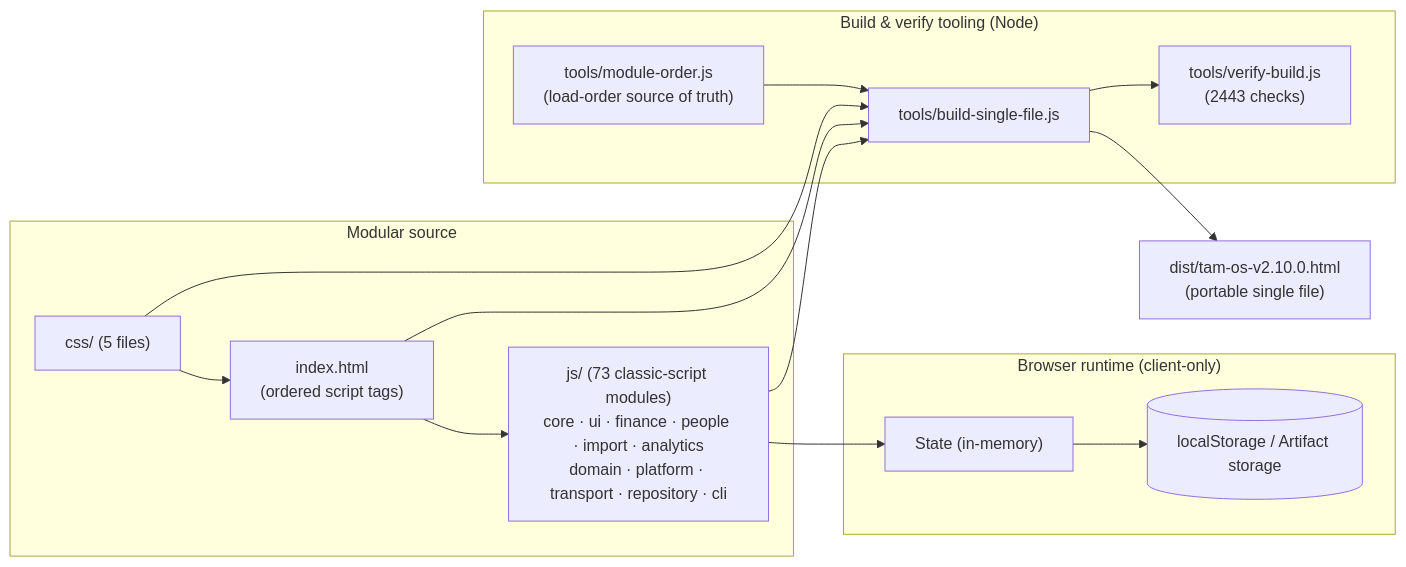
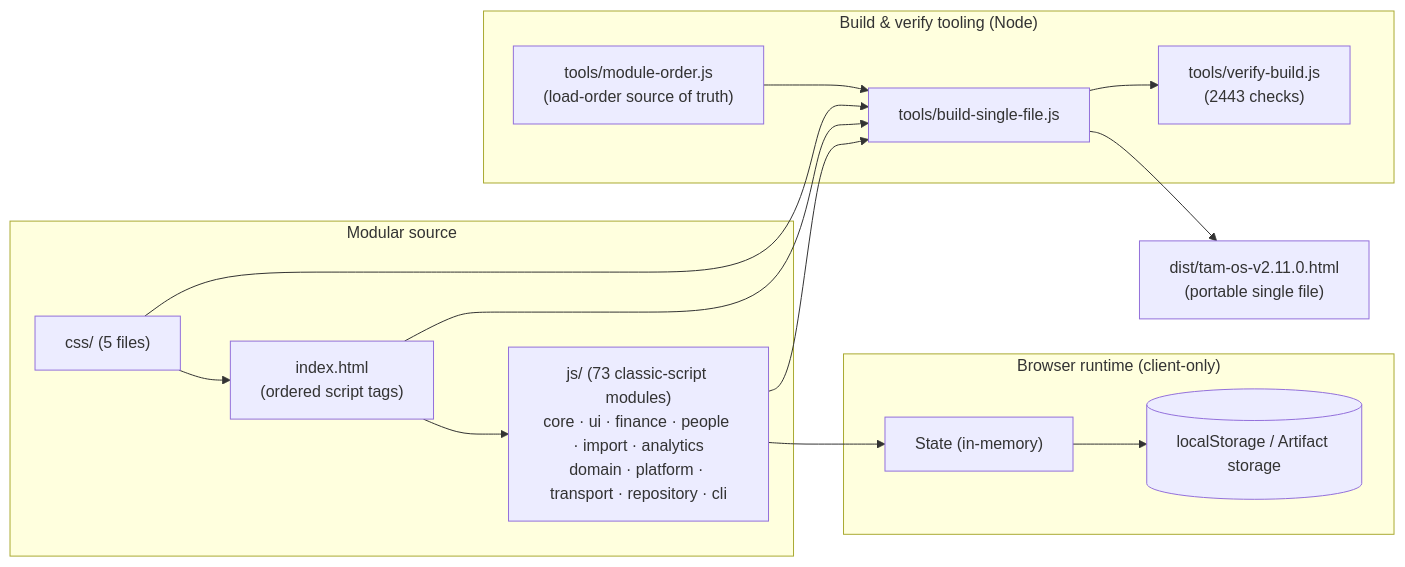
One commit to fanoryu/TAM-OS-Next changed the first of 2 diagrams in README.md. Above: the diagram before and after it, drawn with Mermaid. The commit also changed other lines of this file and 7 other files, not shown here.

````diff
--- a/README.md
+++ b/README.md
@@ -284,27 +277,27 @@
 ```mermaid
 flowchart LR
   subgraph Source["Modular source"]
     IDX["index.html<br/>(ordered script tags)"]
     CSS["css/ (5 files)"]
     JS["js/ (73 classic-script modules)<br/>core · ui · finance · people · import · analytics<br/>domain · platform · transport · repository · cli"]
   end
   subgraph Runtime["Browser runtime (client-only)"]
     STATE["State (in-memory)"]
     LS[("localStorage / Artifact storage")]
   end
   subgraph Build["Build & verify tooling (Node)"]
     ORDER["tools/module-order.js<br/>(load-order source of truth)"]
     BUILD["tools/build-single-file.js"]
     VERIFY["tools/verify-build.js<br/>(2443 checks)"]
   end
-  DIST["dist/tam-os-v2.10.0.html<br/>(portable single file)"]
+  DIST["dist/tam-os-v2.11.0.html<br/>(portable single file)"]
 
   IDX --> JS --> STATE --> LS
   CSS --> IDX
   ORDER --> BUILD
   IDX --> BUILD
   CSS --> BUILD
   JS --> BUILD
   BUILD --> DIST
   BUILD --> VERIFY
 ```
````
